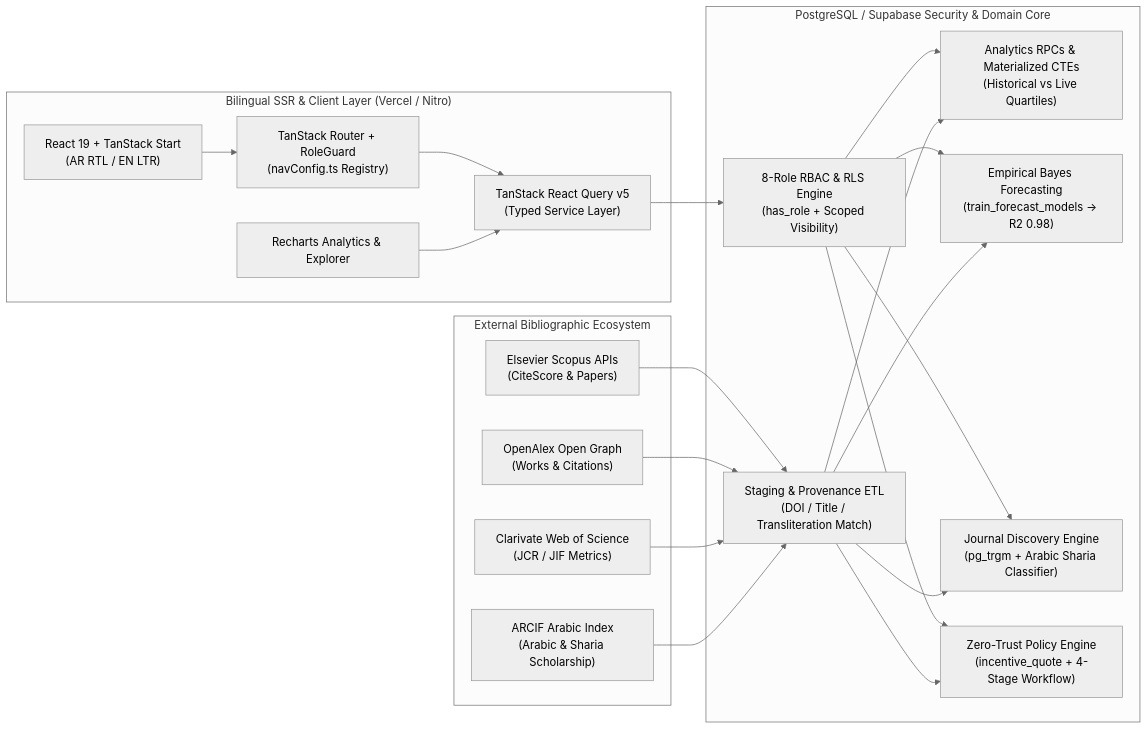
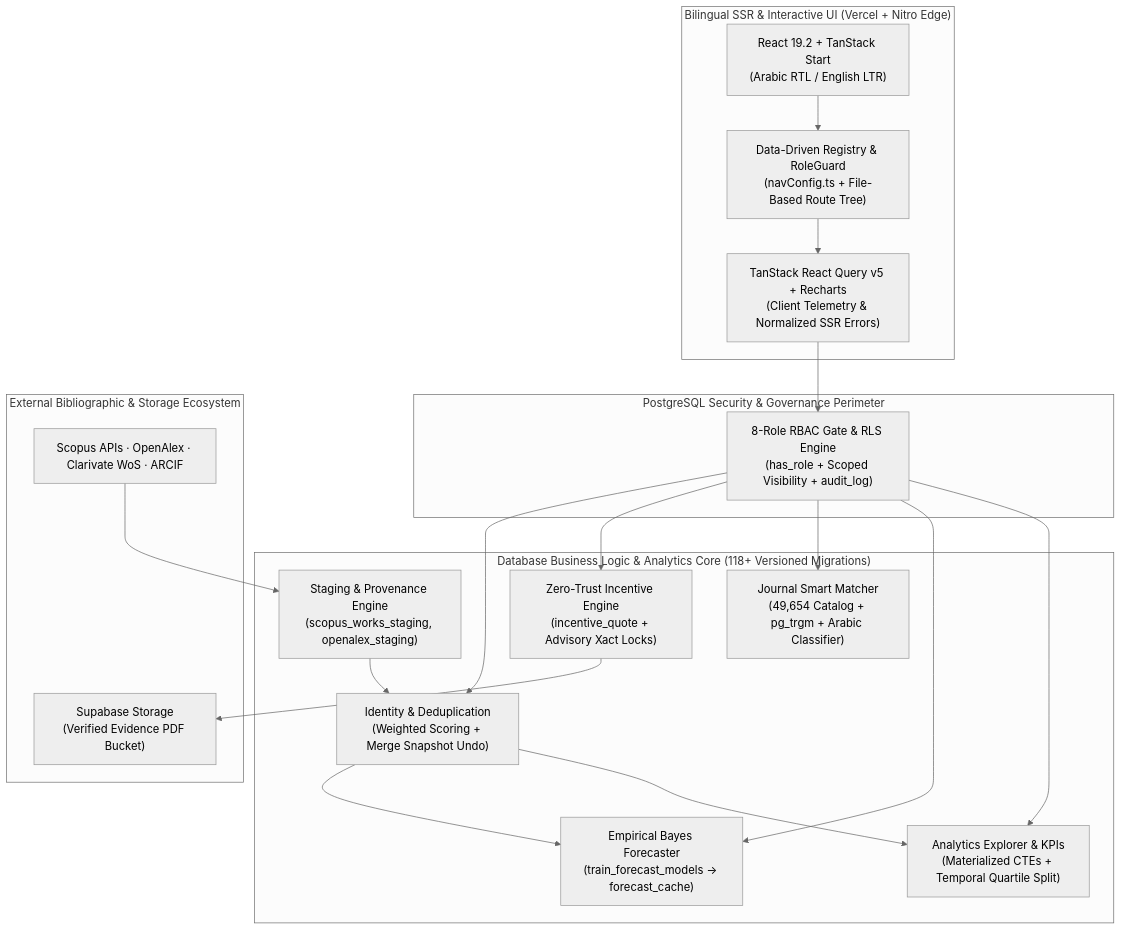
Before and after one commit to Abdulqader-Alshihabi/Islamic-University-CRIS: the second of 8 diagrams in README.md, drawn with Mermaid (neutral theme). The commit also changed other lines of this file, not shown here.

Commit message:
docs: showcase CRIS with 8 Mermaid architecture diagrams, forensics breakdown, and scalability guide

````diff
--- a/README.md
+++ b/README.md
@@ -43,31 +98,37 @@
 ```mermaid
-flowchart LR
-    subgraph Client ["Bilingual SSR & Client Layer (Vercel / Nitro)"]
-        UI["React 19 + TanStack Start\n(AR RTL / EN LTR)"]
-        Router["TanStack Router + RoleGuard\n(navConfig.ts Registry)"]
-        Query["TanStack React Query v5\n(Typed Service Layer)"]
-        Charts["Recharts Analytics & Explorer"]
+flowchart TB
+    subgraph Client ["Bilingual SSR & Interactive UI (Vercel + Nitro Edge)"]
+        App["React 19.2 + TanStack Start\n(Arabic RTL / English LTR)"]
+        Nav["Data-Driven Registry & RoleGuard\n(navConfig.ts + File-Based Route Tree)"]
+        Cache["TanStack React Query v5 + Recharts\n(Client Telemetry & Normalized SSR Errors)"]
     end
 
-    subgraph Core ["PostgreSQL / Supabase Security & Domain Core"]
-        Auth["8-Role RBAC & RLS Engine\n(has_role + Scoped Visibility)"]
-        ETL["Staging & Provenance ETL\n(DOI / Title / Transliteration Match)"]
-        Analytics["Analytics RPCs & Materialized CTEs\n(Historical vs Live Quartiles)"]
-        Forecast["Empirical Bayes Forecasting\n(train_forecast_models -> R2 0.98)"]
-        Journals["Journal Discovery Engine\n(pg_trgm + Arabic Sharia Classifier)"]
-        Rewards["Zero-Trust Policy Engine\n(incentive_quote + 4-Stage Workflow)"]
+    subgraph Security ["PostgreSQL Security & Governance Perimeter"]
+        RBAC["8-Role RBAC Gate & RLS Engine\n(has_role + Scoped Visibility + audit_log)"]
     end
 
-    subgraph Sources ["External Bibliographic Ecosystem"]
-        Scopus["Elsevier Scopus APIs\n(CiteScore & Papers)"]
-        OpenAlex["OpenAlex Open Graph\n(Works & Citations)"]
-        WoS["Clarivate Web of Science\n(JCR / JIF Metrics)"]
-        ARCIF["ARCIF Arabic Index\n(Arabic & Sharia Scholarship)"]
+    subgraph Core ["Database Business Logic & Analytics Core (118+ Versioned Migrations)"]
+        ETL["Staging & Provenance Engine\n(scopus_works_staging, openalex_staging)"]
+        Identity["Identity & Deduplication\n(Weighted Scoring + Merge Snapshot Undo)"]
+        Analytics["Analytics Explorer & KPIs\n(Materialized CTEs + Temporal Quartile Split)"]
+        Forecast["Empirical Bayes Forecaster\n(train_forecast_models → forecast_cache)"]
+        Journals["Journal Smart Matcher\n(49,654 Catalog + pg_trgm + Arabic Classifier)"]
+        Rewards["Zero-Trust Incentive Engine\n(incentive_quote + Advisory Xact Locks)"]
     end
 
-    UI --> Router --> Query --> Auth
-    Charts --> Query
-    Auth --> Analytics & Forecast & Journals & Rewards
-    Scopus & OpenAlex & WoS & ARCIF --> ETL
-    ETL --> Analytics & Forecast & Journals & Rewards
+    subgraph External ["External Bibliographic & Storage Ecosystem"]
+        APIs["Scopus APIs · OpenAlex · Clarivate WoS · ARCIF"]
+        Storage["Supabase Storage\n(Verified Evidence PDF Bucket)"]
+    end
+
+    App --> Nav --> Cache --> RBAC
+    RBAC --> Analytics
+    RBAC --> Forecast
+    RBAC --> Journals
+    RBAC --> Rewards
+    RBAC --> Identity
+    APIs --> ETL --> Identity
+    Identity --> Analytics
+    Identity --> Forecast
+    Rewards --> Storage
 ```
````
